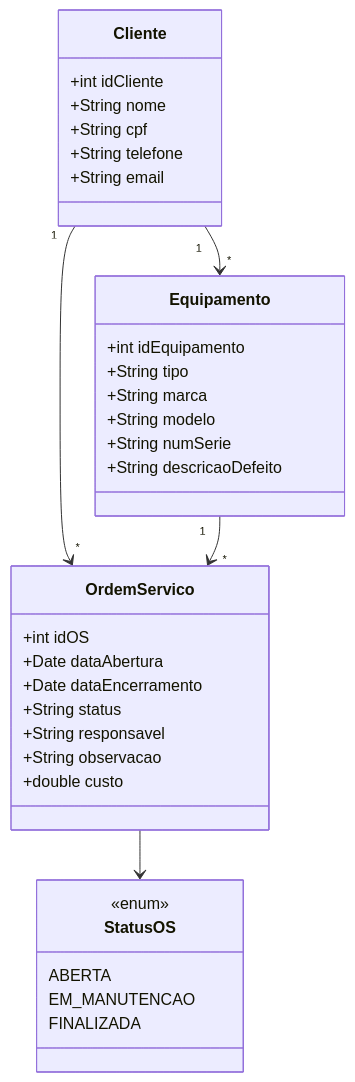
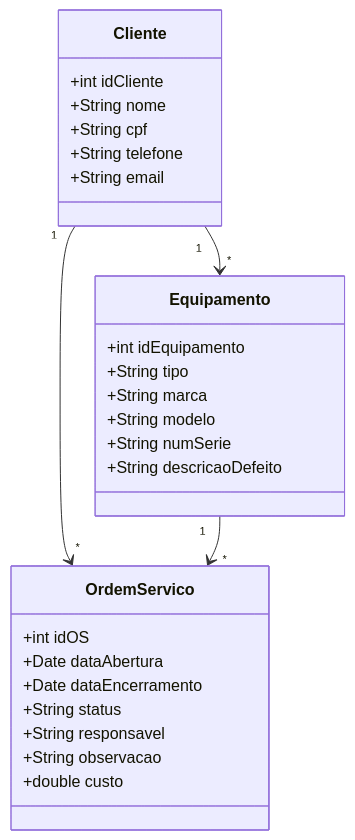
One commit to samuelclaudino1994-crypto/Projeto-integrador- changed the diagram in README.md. Above: the diagram before and after it, drawn with Mermaid. The commit also changed other lines of this file and 1 other file, not shown here.

Commit message:
Atualiza README e adiciona modelo ER

````diff
--- a/README.md
+++ b/README.md
@@ -51,43 +51,34 @@
 ```mermaid
 classDiagram
 
 Cliente "1" --> "*" Equipamento
 Cliente "1" --> "*" OrdemServico
 Equipamento "1" --> "*" OrdemServico
 
 class Cliente{
     +int idCliente
     +String nome
     +String cpf
     +String telefone
     +String email
 }
 
 class Equipamento{
     +int idEquipamento
     +String tipo
     +String marca
     +String modelo
     +String numSerie
     +String descricaoDefeito
 }
 
 class OrdemServico{
     +int idOS
     +Date dataAbertura
     +Date dataEncerramento
     +String status
     +String responsavel
     +String observacao
     +double custo
 }
-
-class StatusOS{
-    <<enum>>
-    ABERTA
-    EM_MANUTENCAO
-    FINALIZADA
-}
-
-OrdemServico --> StatusOS
 ```
````
